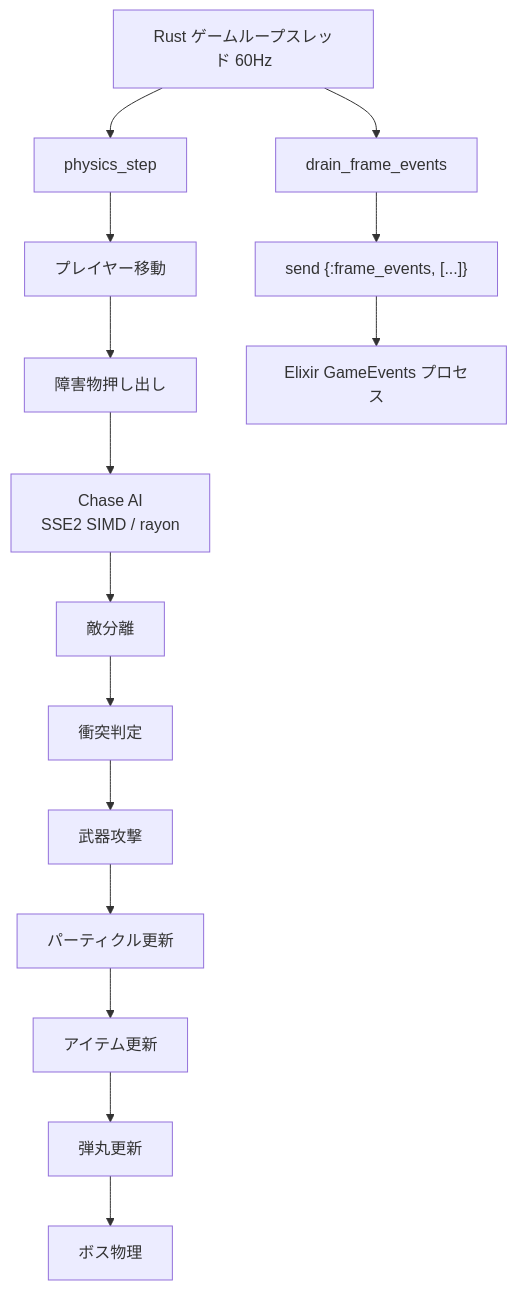
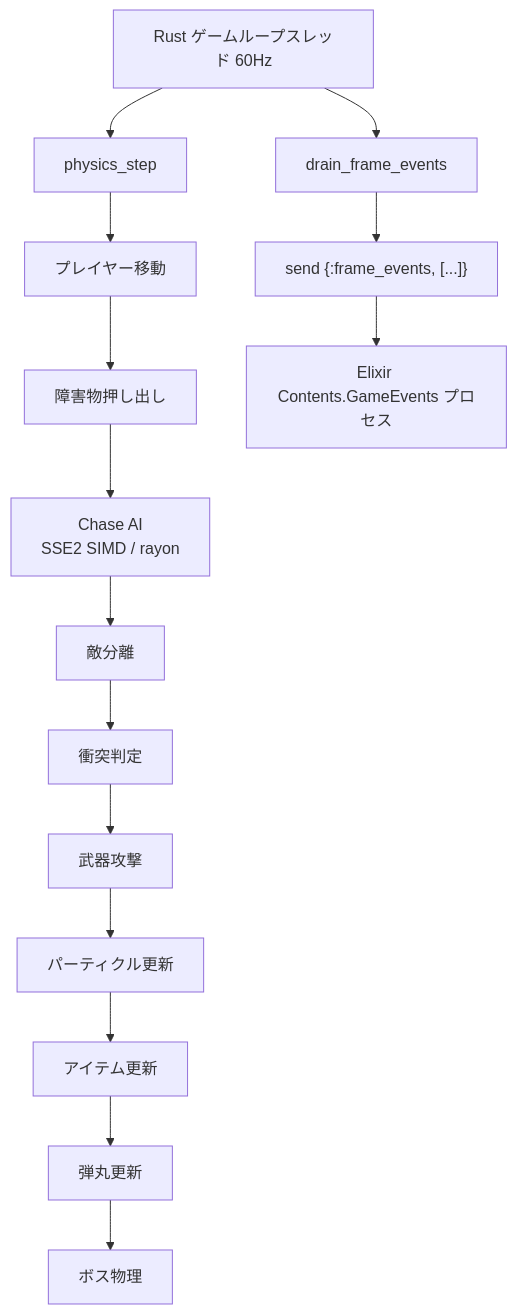
One commit to FRICK-ELDY/alchemy-engine changed the second of 12 diagrams in docs/data-flow.md. Above: the diagram before and after it, drawn with Mermaid. The commit also changed other lines of this file and 8 other files, not shown here.

Commit message:
refactor: migrate GameEvents to contents and update docs

````diff
--- a/docs/data-flow.md
+++ b/docs/data-flow.md
@@ -43,22 +43,22 @@
 ```mermaid
 flowchart TD
     LOOP[Rust ゲームループスレッド 60Hz]
     PS[physics_step]
     PM[プレイヤー移動]
     OB[障害物押し出し]
     AI[Chase AI\nSSE2 SIMD / rayon]
     SEP[敵分離]
     COL[衝突判定]
     WEP[武器攻撃]
     PAR[パーティクル更新]
     ITEM[アイテム更新]
     BUL[弾丸更新]
     BOSS[ボス物理]
     DFE[drain_frame_events]
     SEND["send {:frame_events, [...]}"]
-    GEV[Elixir GameEvents プロセス]
+    GEV[Elixir Contents.GameEvents プロセス]
 
     LOOP --> PS
     PS --> PM --> OB --> AI --> SEP --> COL --> WEP --> PAR --> ITEM --> BUL --> BOSS
     LOOP --> DFE --> SEND --> GEV
 ```
````
